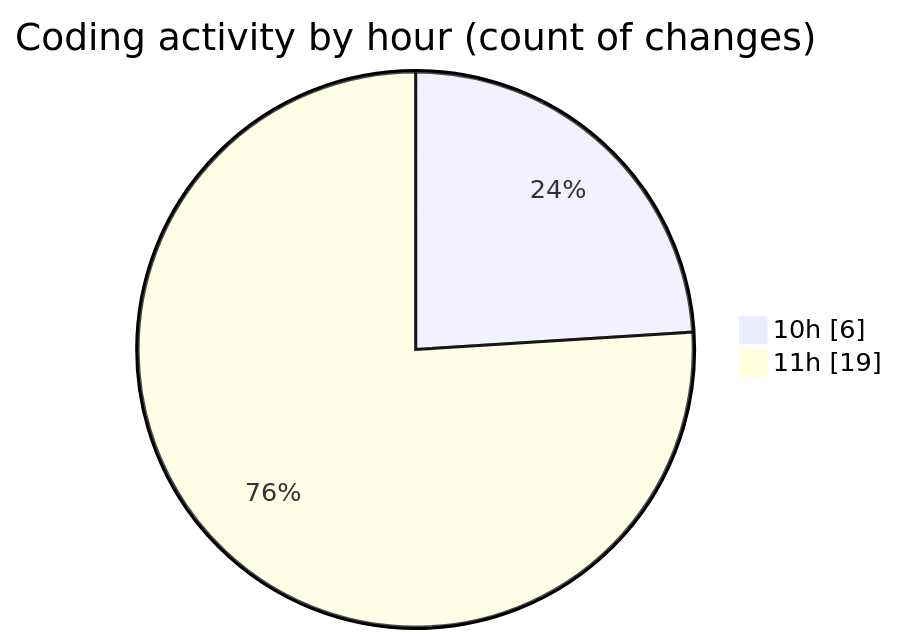
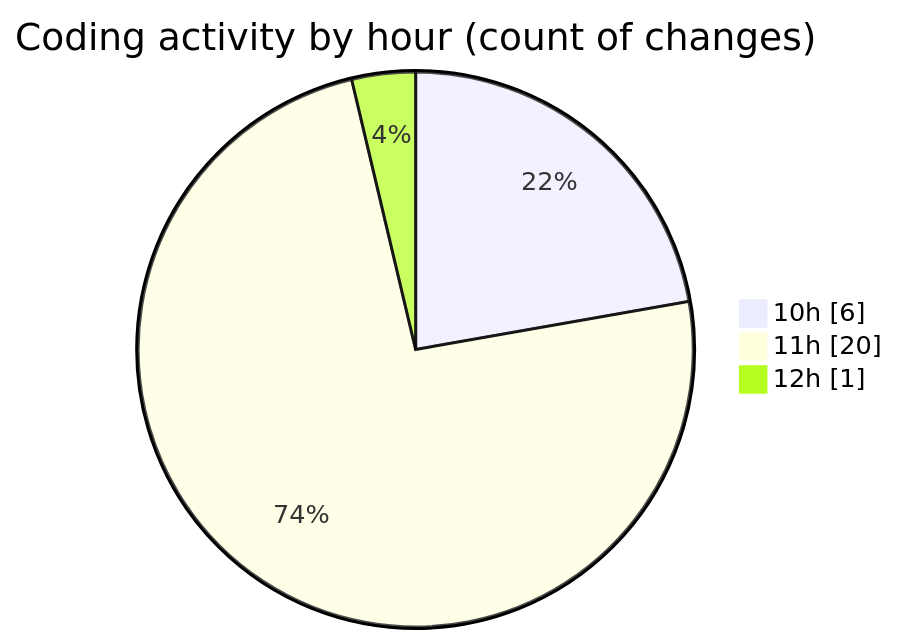
One commit to nxtqubesakshisongat/code-tracking changed the second of 2 diagrams in 2025-05-05/nxtqube_webapp/README.md. Above: the diagram before and after it, drawn with Mermaid. The commit also changed other lines of this file and 1 other file, not shown here.

````diff
--- a/2025-05-05/nxtqube_webapp/README.md
+++ b/2025-05-05/nxtqube_webapp/README.md
@@ -28,6 +28,7 @@
 ```mermaid
 pie showData
 title Coding activity by hour (count of changes)
 "10h" : 6
-"11h" : 19
+"11h" : 20
+"12h" : 1
 ```
````
